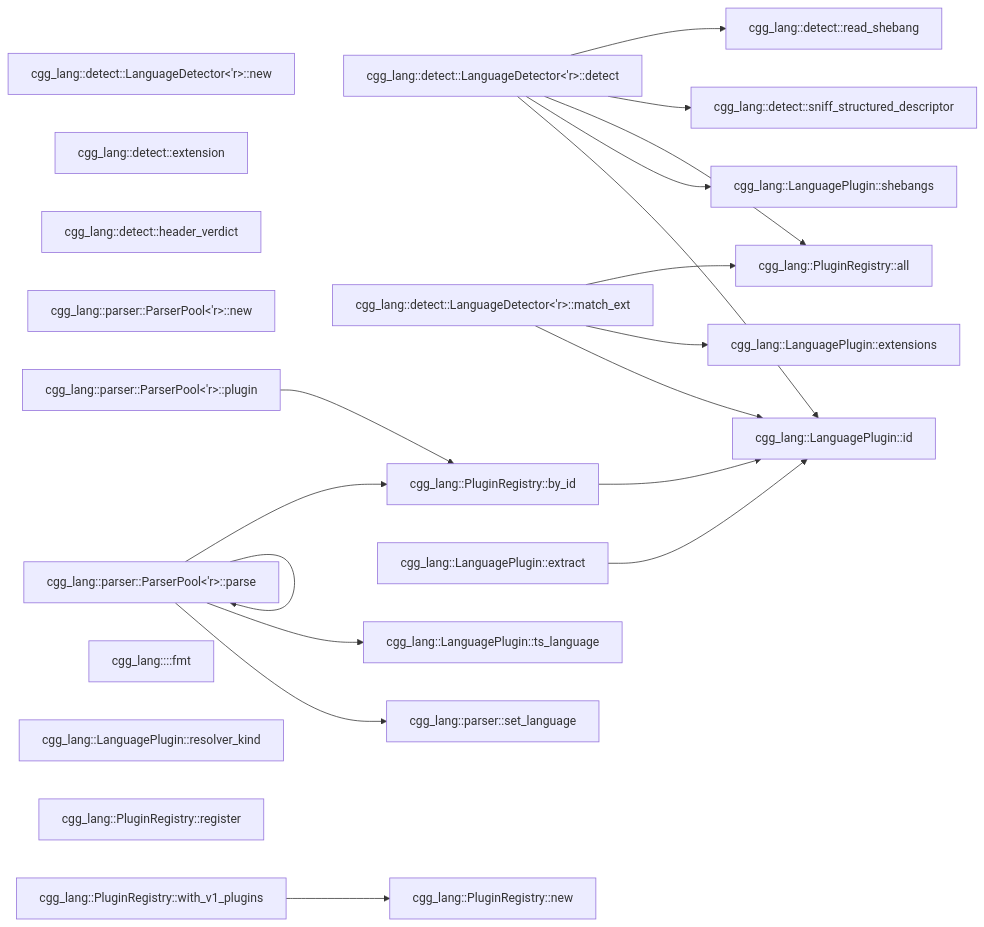
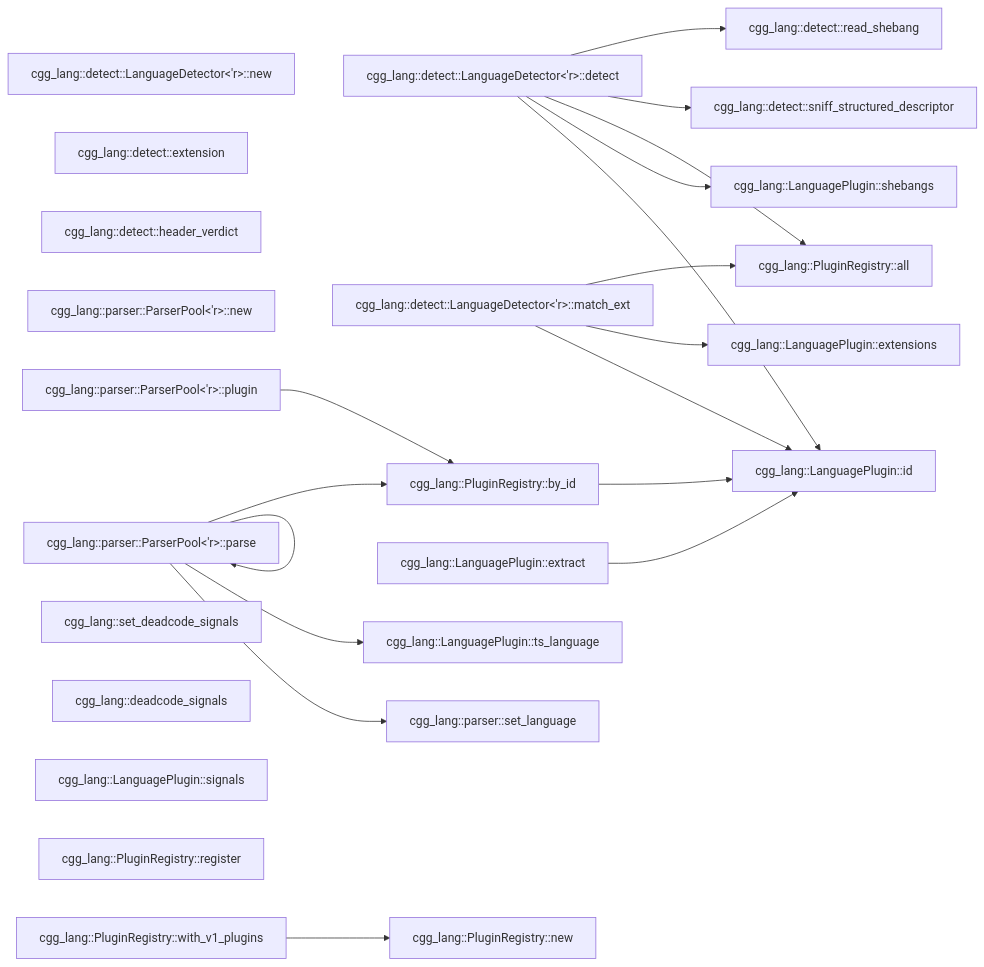
One commit to NeuralNotwerk/cgg changed the third of 3 diagrams in README.md. Above: the diagram before and after it, drawn with Mermaid. The commit also changed other lines of this file and 86 other files, not shown here.

````diff
--- a/README.md
+++ b/README.md
@@ -437,42 +459,43 @@
 ```mermaid
 flowchart LR
   C0["cgg_lang::detect::LanguageDetector<'r>::new"]
   C1["cgg_lang::detect::LanguageDetector<'r>::detect"]
   C2["cgg_lang::detect::LanguageDetector<'r>::match_ext"]
   C3["cgg_lang::detect::extension"]
   C4["cgg_lang::detect::sniff_structured_descriptor"]
   C5["cgg_lang::detect::read_shebang"]
   C6["cgg_lang::detect::header_verdict"]
   C18["cgg_lang::parser::ParserPool<'r>::new"]
   C19["cgg_lang::parser::ParserPool<'r>::parse"]
   C20["cgg_lang::parser::ParserPool<'r>::plugin"]
   C21["cgg_lang::parser::set_language"]
-  C25["cgg_lang::<ResolverKind as fmt::Display>::fmt"]
-  C26["cgg_lang::LanguagePlugin::id"]
-  C27["cgg_lang::LanguagePlugin::extensions"]
-  C28["cgg_lang::LanguagePlugin::shebangs"]
-  C29["cgg_lang::LanguagePlugin::resolver_kind"]
-  C30["cgg_lang::LanguagePlugin::ts_language"]
-  C31["cgg_lang::LanguagePlugin::extract"]
-  C32["cgg_lang::PluginRegistry::new"]
-  C33["cgg_lang::PluginRegistry::register"]
-  C34["cgg_lang::PluginRegistry::all"]
-  C35["cgg_lang::PluginRegistry::by_id"]
-  C36["cgg_lang::PluginRegistry::with_v1_plugins"]
-  C1 --> C26
-  C1 --> C28
-  C1 --> C34
+  C25["cgg_lang::set_deadcode_signals"]
+  C26["cgg_lang::deadcode_signals"]
+  C27["cgg_lang::LanguagePlugin::id"]
+  C28["cgg_lang::LanguagePlugin::extensions"]
+  C29["cgg_lang::LanguagePlugin::shebangs"]
+  C30["cgg_lang::LanguagePlugin::signals"]
+  C31["cgg_lang::LanguagePlugin::ts_language"]
+  C32["cgg_lang::LanguagePlugin::extract"]
+  C33["cgg_lang::PluginRegistry::new"]
+  C34["cgg_lang::PluginRegistry::register"]
+  C35["cgg_lang::PluginRegistry::all"]
+  C36["cgg_lang::PluginRegistry::by_id"]
+  C37["cgg_lang::PluginRegistry::with_v1_plugins"]
+  C1 --> C27
+  C1 --> C29
+  C1 --> C35
   C1 --> C4
   C1 --> C5
   C19 --> C19
   C19 --> C21
-  C19 --> C30
-  C19 --> C35
-  C2 --> C26
+  C19 --> C31
+  C19 --> C36
   C2 --> C27
-  C2 --> C34
-  C20 --> C35
-  C31 --> C26
-  C35 --> C26
-  C36 --> C32
+  C2 --> C28
+  C2 --> C35
+  C20 --> C36
+  C32 --> C27
+  C36 --> C27
+  C37 --> C33
 ```
````
